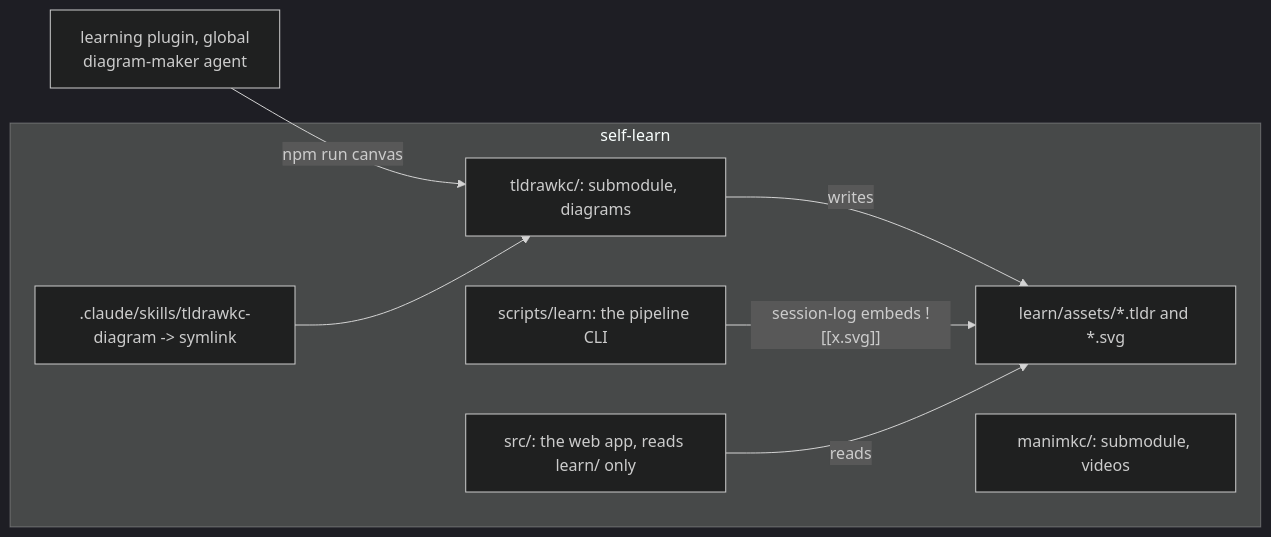
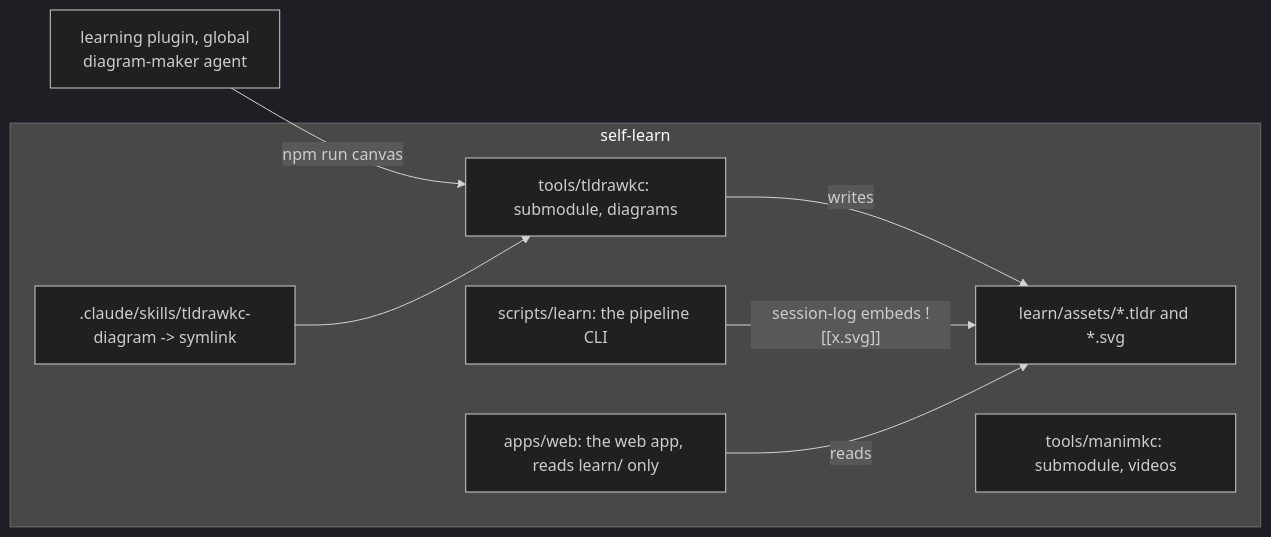
Before and after one commit to c-wenlong/gnosia-learn: the diagram in tldraw-integration/INTEGRATION.md, drawn with Mermaid (dark theme). The commit also changed other lines of this file and 12 other files, not shown here.

````diff
--- a/tldraw-integration/INTEGRATION.md
+++ b/tldraw-integration/INTEGRATION.md
@@ -8,16 +8,16 @@
 ```mermaid
 flowchart LR
     subgraph selflearn[self-learn]
         SKILLS[.claude/skills/tldrawkc-diagram -> symlink]
         SCRIPTS[scripts/learn: the pipeline CLI]
         LEARN[learn/assets/*.tldr and *.svg]
-        SRC[src/: the web app, reads learn/ only]
-        MK[manimkc/: submodule, videos]
-        TK[tldrawkc/: submodule, diagrams]
+        SRC[apps/web: the web app, reads learn/ only]
+        MK[tools/manimkc: submodule, videos]
+        TK[tools/tldrawkc: submodule, diagrams]
     end
     PLUGIN[learning plugin, global<br/>diagram-maker agent] -- "npm run canvas" --> TK
     TK -- writes --> LEARN
     SCRIPTS -- "session-log embeds ![[x.svg]]" --> LEARN
     SRC -- reads --> LEARN
     SKILLS --> TK
 ```
````
